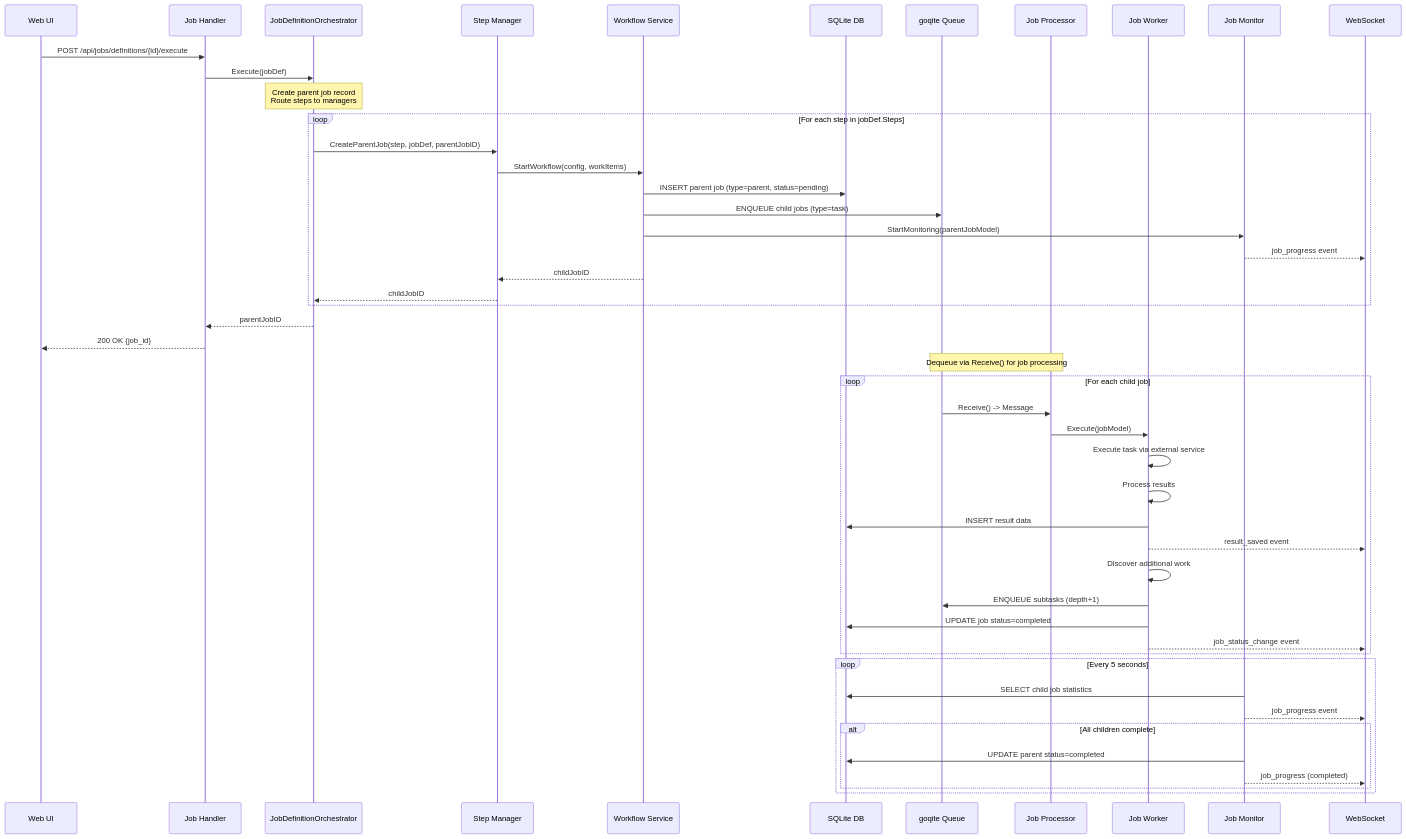
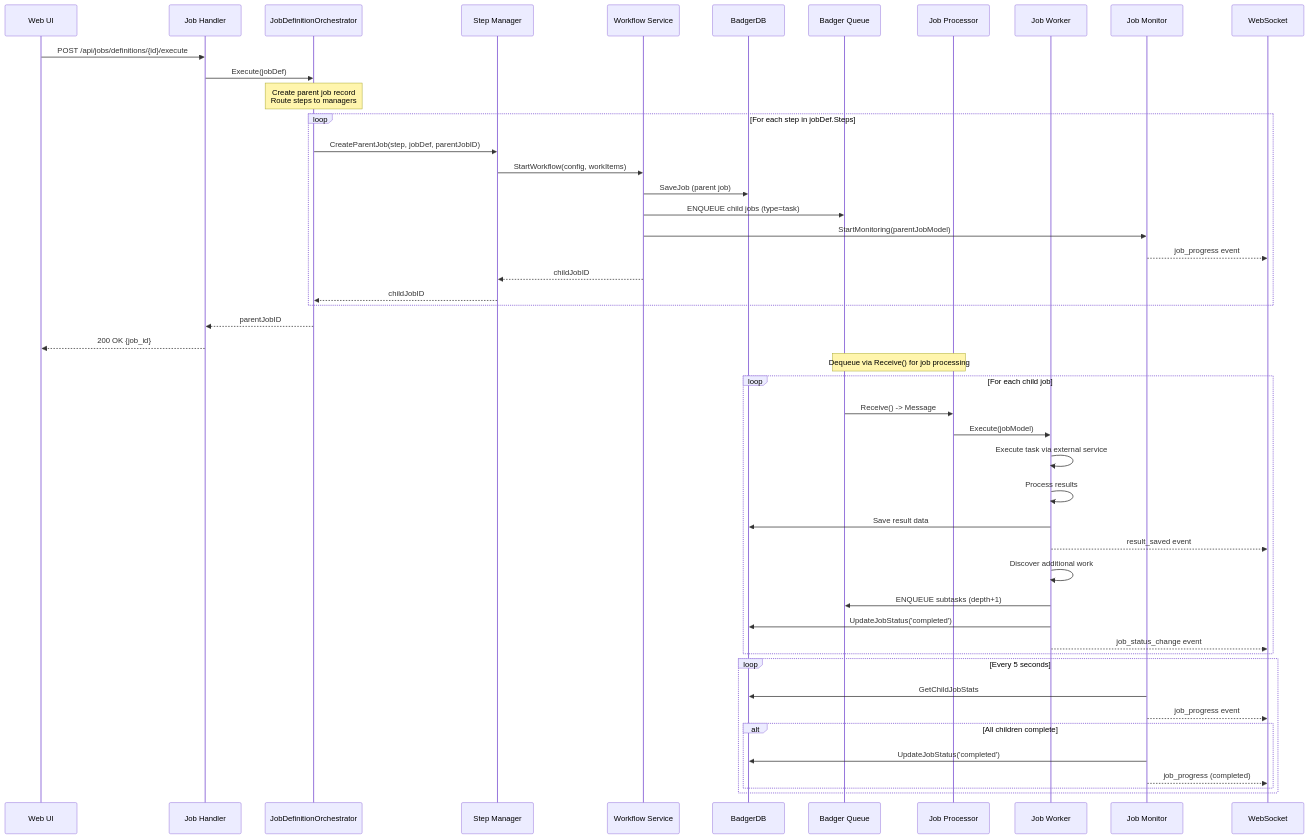
The second of 2 diagrams in docs/architecture/MANAGER_WORKER_ARCHITECTURE.md (ternarybob/quaero), drawn with Mermaid before and after one commit. The commit also changed other lines of this file and 100 other files, not shown here.

````diff
--- a/docs/architecture/MANAGER_WORKER_ARCHITECTURE.md
+++ b/docs/architecture/MANAGER_WORKER_ARCHITECTURE.md
@@ -308,58 +308,58 @@
 ```mermaid
 sequenceDiagram
     participant UI as Web UI
     participant Handler as Job Handler
     participant Orchestrator as JobDefinitionOrchestrator
     participant Manager as Step Manager
     participant Service as Workflow Service
-    participant DB as SQLite DB
-    participant Queue as goqite Queue
+    participant DB as BadgerDB
+    participant Queue as Badger Queue
     participant Processor as Job Processor
     participant Worker as Job Worker
     participant Monitor as Job Monitor
     participant WS as WebSocket
 
     %% Phase 1: Job Creation (Orchestration Layer)
     UI->>Handler: POST /api/jobs/definitions/{id}/execute
     Handler->>Orchestrator: Execute(jobDef)
     Note over Orchestrator: Create parent job record<br/>Route steps to managers
 
     loop For each step in jobDef.Steps
         Orchestrator->>Manager: CreateParentJob(step, jobDef, parentJobID)
         Manager->>Service: StartWorkflow(config, workItems)
-        Service->>DB: INSERT parent job (type=parent, status=pending)
+        Service->>DB: SaveJob (parent job)
         Service->>Queue: ENQUEUE child jobs (type=task)
         Service->>Monitor: StartMonitoring(parentJobModel)
         Monitor-->>WS: job_progress event
         Service-->>Manager: childJobID
         Manager-->>Orchestrator: childJobID
     end
 
     Orchestrator-->>Handler: parentJobID
     Handler-->>UI: 200 OK {job_id}
 
     %% Phase 2: Job Execution (Worker Layer)
     Note over Queue,Processor: Dequeue via Receive() for job processing
     loop For each child job
         Queue->>Processor: Receive() -> Message
         Processor->>Worker: Execute(jobModel)
         Worker->>Worker: Execute task via external service
         Worker->>Worker: Process results
-        Worker->>DB: INSERT result data
+        Worker->>DB: Save result data
         Worker-->>WS: result_saved event
         Worker->>Worker: Discover additional work
         Worker->>Queue: ENQUEUE subtasks (depth+1)
-        Worker->>DB: UPDATE job status=completed
+        Worker->>DB: UpdateJobStatus('completed')
         Worker-->>WS: job_status_change event
     end
 
     %% Phase 3: Progress Monitoring (Monitor Layer)
     loop Every 5 seconds
-        Monitor->>DB: SELECT child job statistics
+        Monitor->>DB: GetChildJobStats
         Monitor-->>WS: job_progress event
         alt All children complete
-            Monitor->>DB: UPDATE parent status=completed
+            Monitor->>DB: UpdateJobStatus('completed')
             Monitor-->>WS: job_progress (completed)
         end
     end
 ```
````
